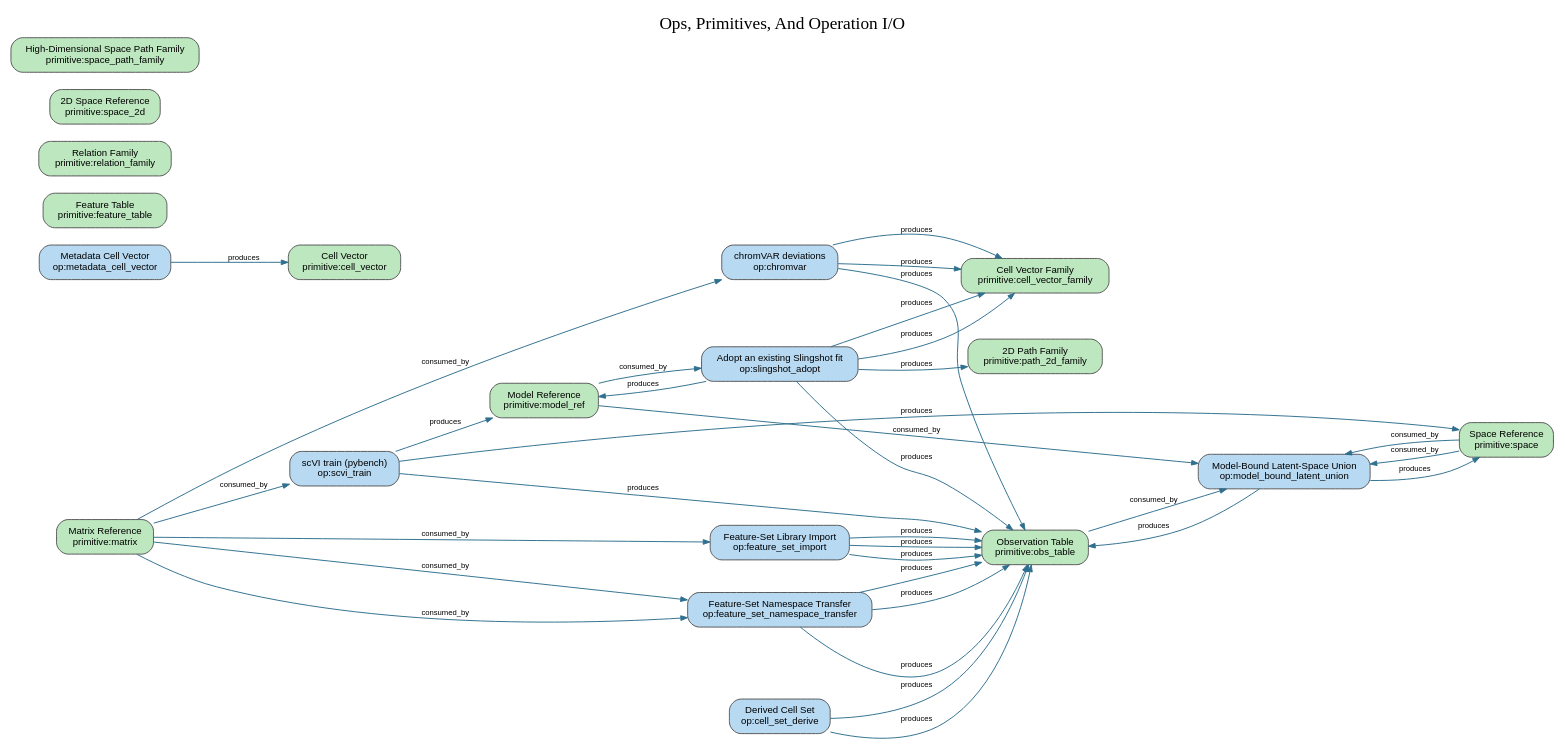
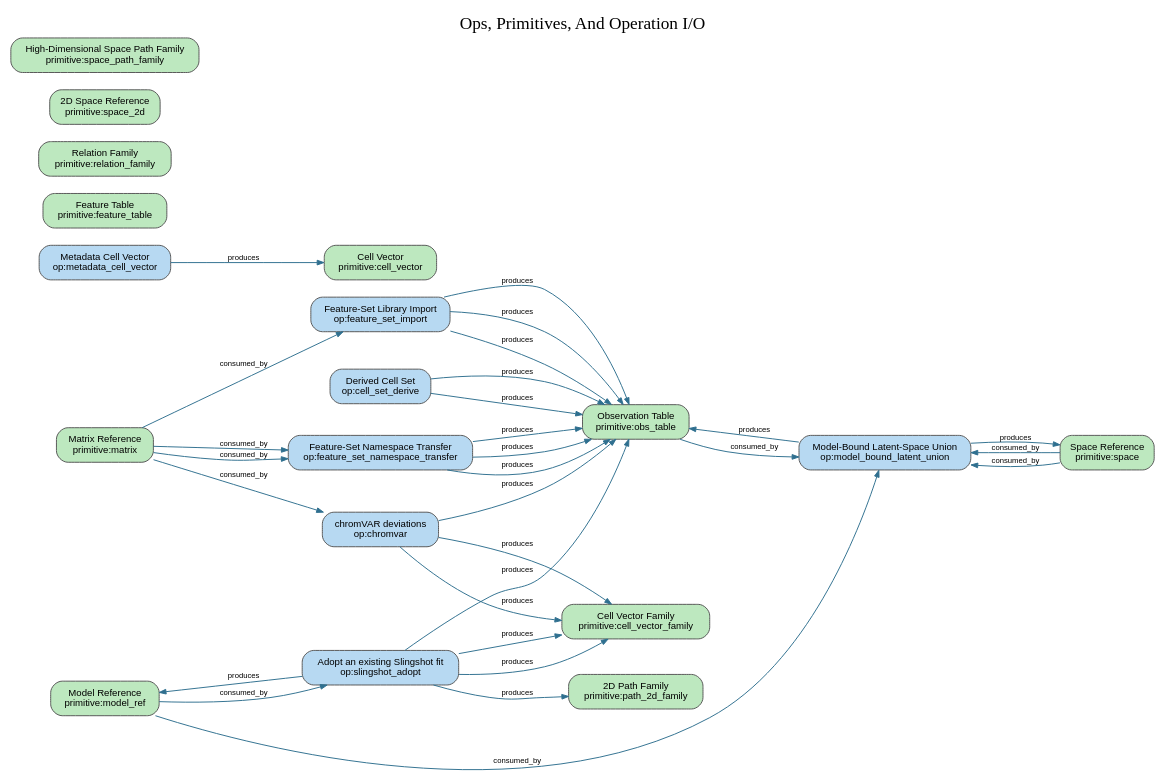
Before and after one commit to Tingvall/scworkbench: the diagram in docs/semantic_graphs/semantic_graph_ops_primitives.dot, drawn with Graphviz. The commit also changed 50 other files, not shown here.

```diff
--- a/docs/semantic_graphs/semantic_graph_ops_primitives.dot
+++ b/docs/semantic_graphs/semantic_graph_ops_primitives.dot
@@ -1,59 +1,54 @@
 digraph scworkbench_semantic_graph {
   graph [rankdir=LR, overlap=false, splines=true, bgcolor="white"];
   node [shape=box, style="rounded,filled", fontname="Helvetica", fontsize=10, color="#555555"];
   edge [fontname="Helvetica", fontsize=8, arrowsize=0.7];
   label="Ops, Primitives, And Operation I/O";
   labelloc="t";
   fontsize=18;
   n1 [label="Derived Cell Set\nop:cell_set_derive", fillcolor="#b7d9f2"];
   n2 [label="chromVAR deviations\nop:chromvar", fillcolor="#b7d9f2"];
   n3 [label="Feature-Set Library Import\nop:feature_set_import", fillcolor="#b7d9f2"];
   n4 [label="Feature-Set Namespace Transfer\nop:feature_set_namespace_transfer", fillcolor="#b7d9f2"];
   n5 [label="Metadata Cell Vector\nop:metadata_cell_vector", fillcolor="#b7d9f2"];
   n6 [label="Model-Bound Latent-Space Union\nop:model_bound_latent_union", fillcolor="#b7d9f2"];
-  n7 [label="scVI train (pybench)\nop:scvi_train", fillcolor="#b7d9f2"];
-  n8 [label="Adopt an existing Slingshot fit\nop:slingshot_adopt", fillcolor="#b7d9f2"];
-  n9 [label="Cell Vector\nprimitive:cell_vector", fillcolor="#bde8bf"];
-  n10 [label="Cell Vector Family\nprimitive:cell_vector_family", fillcolor="#bde8bf"];
-  n11 [label="Feature Table\nprimitive:feature_table", fillcolor="#bde8bf"];
-  n12 [label="Matrix Reference\nprimitive:matrix", fillcolor="#bde8bf"];
-  n13 [label="Model Reference\nprimitive:model_ref", fillcolor="#bde8bf"];
-  n14 [label="Observation Table\nprimitive:obs_table", fillcolor="#bde8bf"];
-  n15 [label="2D Path Family\nprimitive:path_2d_family", fillcolor="#bde8bf"];
-  n16 [label="Relation Family\nprimitive:relation_family", fillcolor="#bde8bf"];
-  n17 [label="Space Reference\nprimitive:space", fillcolor="#bde8bf"];
-  n18 [label="2D Space Reference\nprimitive:space_2d", fillcolor="#bde8bf"];
-  n19 [label="High-Dimensional Space Path Family\nprimitive:space_path_family", fillcolor="#bde8bf"];
-  n12 -> n2 [label="consumed_by", color="#2f6f8f"];
-  n12 -> n3 [label="consumed_by", color="#2f6f8f"];
-  n12 -> n4 [label="consumed_by", color="#2f6f8f"];
-  n12 -> n4 [label="consumed_by", color="#2f6f8f"];
+  n7 [label="Adopt an existing Slingshot fit\nop:slingshot_adopt", fillcolor="#b7d9f2"];
+  n8 [label="Cell Vector\nprimitive:cell_vector", fillcolor="#bde8bf"];
+  n9 [label="Cell Vector Family\nprimitive:cell_vector_family", fillcolor="#bde8bf"];
+  n10 [label="Feature Table\nprimitive:feature_table", fillcolor="#bde8bf"];
+  n11 [label="Matrix Reference\nprimitive:matrix", fillcolor="#bde8bf"];
+  n12 [label="Model Reference\nprimitive:model_ref", fillcolor="#bde8bf"];
+  n13 [label="Observation Table\nprimitive:obs_table", fillcolor="#bde8bf"];
+  n14 [label="2D Path Family\nprimitive:path_2d_family", fillcolor="#bde8bf"];
+  n15 [label="Relation Family\nprimitive:relation_family", fillcolor="#bde8bf"];
+  n16 [label="Space Reference\nprimitive:space", fillcolor="#bde8bf"];
+  n17 [label="2D Space Reference\nprimitive:space_2d", fillcolor="#bde8bf"];
+  n18 [label="High-Dimensional Space Path Family\nprimitive:space_path_family", fillcolor="#bde8bf"];
+  n11 -> n2 [label="consumed_by", color="#2f6f8f"];
+  n11 -> n3 [label="consumed_by", color="#2f6f8f"];
+  n11 -> n4 [label="consumed_by", color="#2f6f8f"];
+  n11 -> n4 [label="consumed_by", color="#2f6f8f"];
+  n12 -> n6 [label="consumed_by", color="#2f6f8f"];
   n12 -> n7 [label="consumed_by", color="#2f6f8f"];
   n13 -> n6 [label="consumed_by", color="#2f6f8f"];
-  n13 -> n8 [label="consumed_by", color="#2f6f8f"];
-  n14 -> n6 [label="consumed_by", color="#2f6f8f"];
-  n17 -> n6 [label="consumed_by", color="#2f6f8f"];
-  n17 -> n6 [label="consumed_by", color="#2f6f8f"];
-  n1 -> n14 [label="produces", color="#2f6f8f"];
-  n1 -> n14 [label="produces", color="#2f6f8f"];
-  n2 -> n10 [label="produces", color="#2f6f8f"];
-  n2 -> n10 [label="produces", color="#2f6f8f"];
-  n2 -> n14 [label="produces", color="#2f6f8f"];
-  n3 -> n14 [label="produces", color="#2f6f8f"];
-  n3 -> n14 [label="produces", color="#2f6f8f"];
-  n3 -> n14 [label="produces", color="#2f6f8f"];
-  n4 -> n14 [label="produces", color="#2f6f8f"];
-  n4 -> n14 [label="produces", color="#2f6f8f"];
-  n4 -> n14 [label="produces", color="#2f6f8f"];
-  n5 -> n9 [label="produces", color="#2f6f8f"];
-  n6 -> n14 [label="produces", color="#2f6f8f"];
-  n6 -> n17 [label="produces", color="#2f6f8f"];
+  n16 -> n6 [label="consumed_by", color="#2f6f8f"];
+  n16 -> n6 [label="consumed_by", color="#2f6f8f"];
+  n1 -> n13 [label="produces", color="#2f6f8f"];
+  n1 -> n13 [label="produces", color="#2f6f8f"];
+  n2 -> n9 [label="produces", color="#2f6f8f"];
+  n2 -> n9 [label="produces", color="#2f6f8f"];
+  n2 -> n13 [label="produces", color="#2f6f8f"];
+  n3 -> n13 [label="produces", color="#2f6f8f"];
+  n3 -> n13 [label="produces", color="#2f6f8f"];
+  n3 -> n13 [label="produces", color="#2f6f8f"];
+  n4 -> n13 [label="produces", color="#2f6f8f"];
+  n4 -> n13 [label="produces", color="#2f6f8f"];
+  n4 -> n13 [label="produces", color="#2f6f8f"];
+  n5 -> n8 [label="produces", color="#2f6f8f"];
+  n6 -> n13 [label="produces", color="#2f6f8f"];
+  n6 -> n16 [label="produces", color="#2f6f8f"];
+  n7 -> n9 [label="produces", color="#2f6f8f"];
+  n7 -> n9 [label="produces", color="#2f6f8f"];
+  n7 -> n12 [label="produces", color="#2f6f8f"];
   n7 -> n13 [label="produces", color="#2f6f8f"];
   n7 -> n14 [label="produces", color="#2f6f8f"];
-  n7 -> n17 [label="produces", color="#2f6f8f"];
-  n8 -> n10 [label="produces", color="#2f6f8f"];
-  n8 -> n10 [label="produces", color="#2f6f8f"];
-  n8 -> n13 [label="produces", color="#2f6f8f"];
-  n8 -> n14 [label="produces", color="#2f6f8f"];
-  n8 -> n15 [label="produces", color="#2f6f8f"];
 }
```
